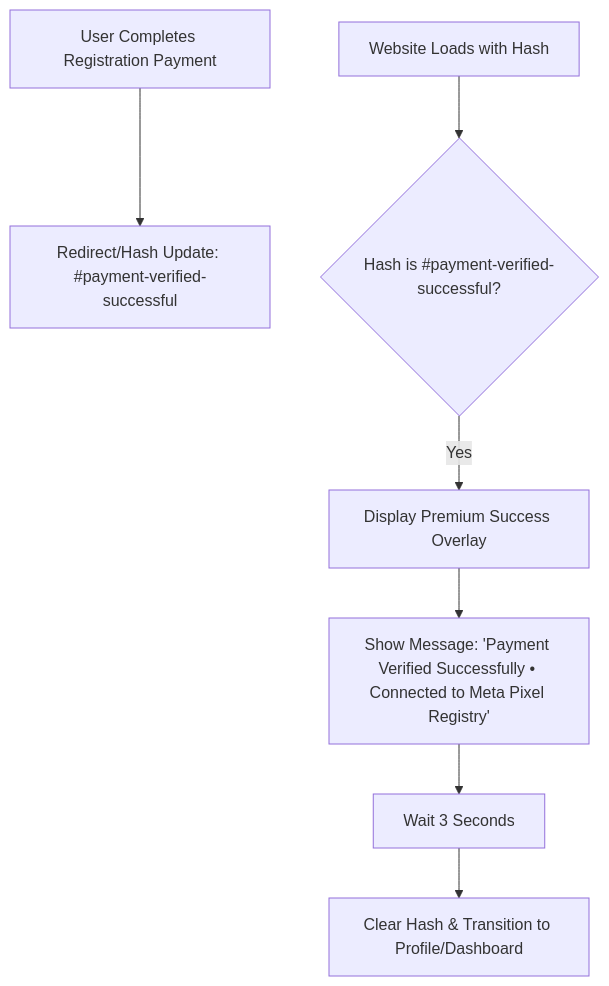
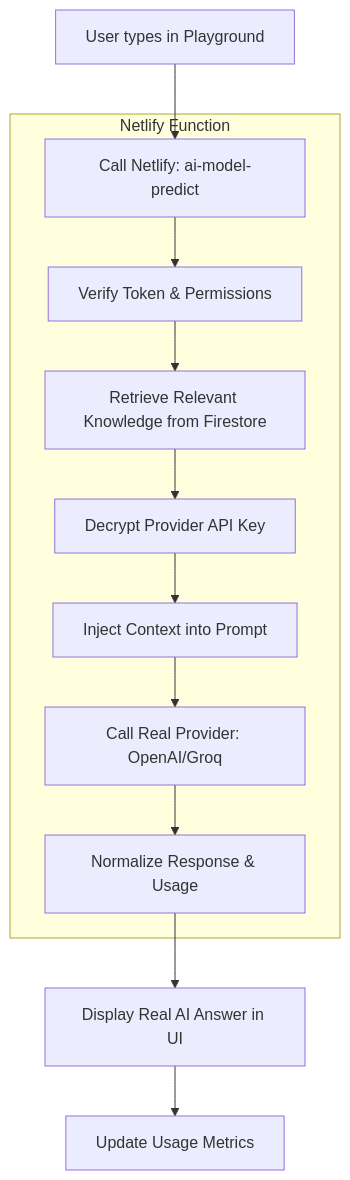
One commit to Suriya663/codez48-web-automation changed the diagram in .artifacts/074f8ead-9721-4f77-87d0-951ebe4b1d7d/implementation_plan.artifact.md. Above: the diagram before and after it, drawn with Mermaid. The commit also changed other lines of this file and 22 other files, not shown here.

Commit message:
Update Netlify function, mail notification, and site intelligence engine

````diff
--- a/.artifacts/074f8ead-9721-4f77-87d0-951ebe4b1d7d/implementation_plan.artifact.md
+++ b/.artifacts/074f8ead-9721-4f77-87d0-951ebe4b1d7d/implementation_plan.artifact.md
@@ -7,12 +7,16 @@
 ```mermaid
 flowchart TD
-    A[User Completes Registration Payment] --> B[Redirect/Hash Update: #payment-verified-successful]
+    A[User types in Playground] --> B[Call Netlify: ai-model-predict]
 
-    C[Website Loads with Hash] --> D{Hash is #payment-verified-successful?}
+    subgraph Backend [Netlify Function]
+        B --> C[Verify Token & Permissions]
+        C --> D[Retrieve Relevant Knowledge from Firestore]
+        D --> E[Decrypt Provider API Key]
+        E --> F[Inject Context into Prompt]
+        F --> G[Call Real Provider: OpenAI/Groq]
+        G --> H[Normalize Response & Usage]
+    end
 
-    D -->|Yes| E[Display Premium Success Overlay]
-    E --> F[Show Message: 'Payment Verified Successfully • Connected to Meta Pixel Registry']
-
-    F --> G[Wait 3 Seconds]
-    G --> H[Clear Hash & Transition to Profile/Dashboard]
+    H --> I[Display Real AI Answer in UI]
+    I --> J[Update Usage Metrics]
 ```
````
